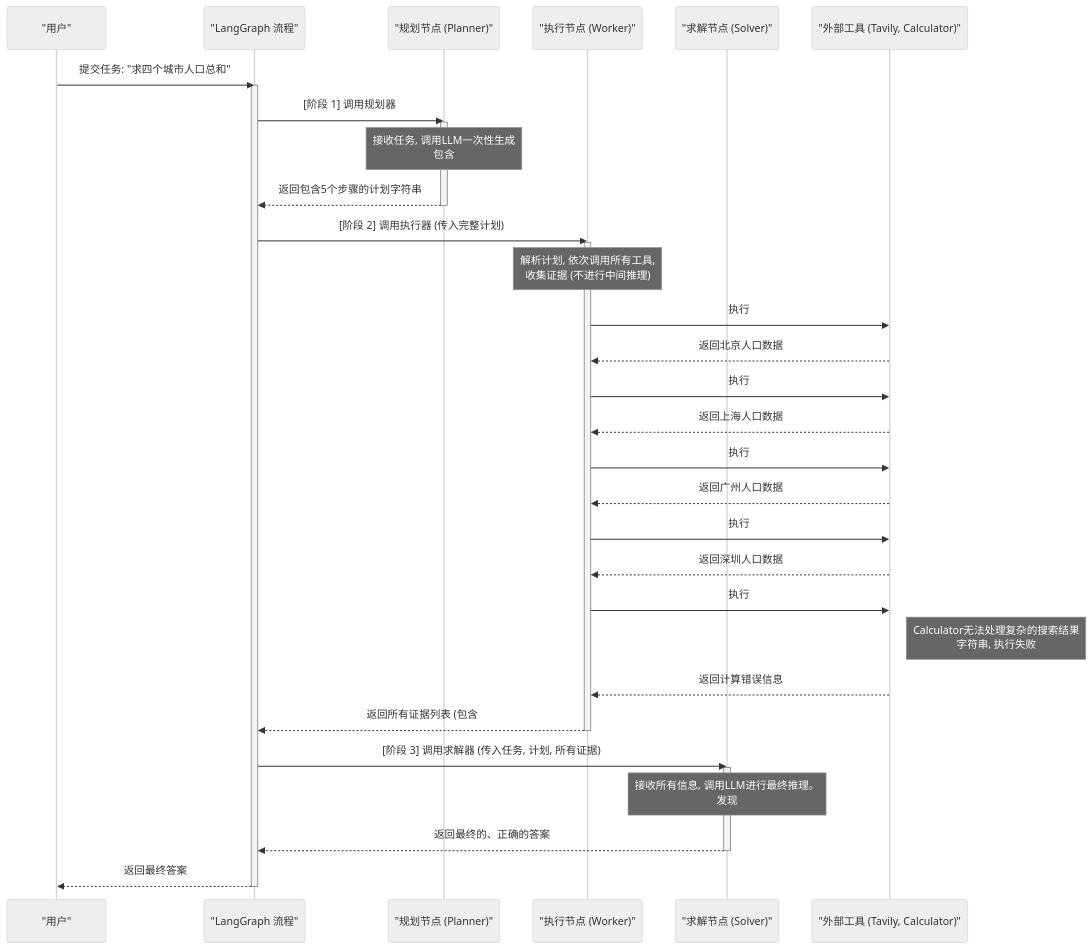
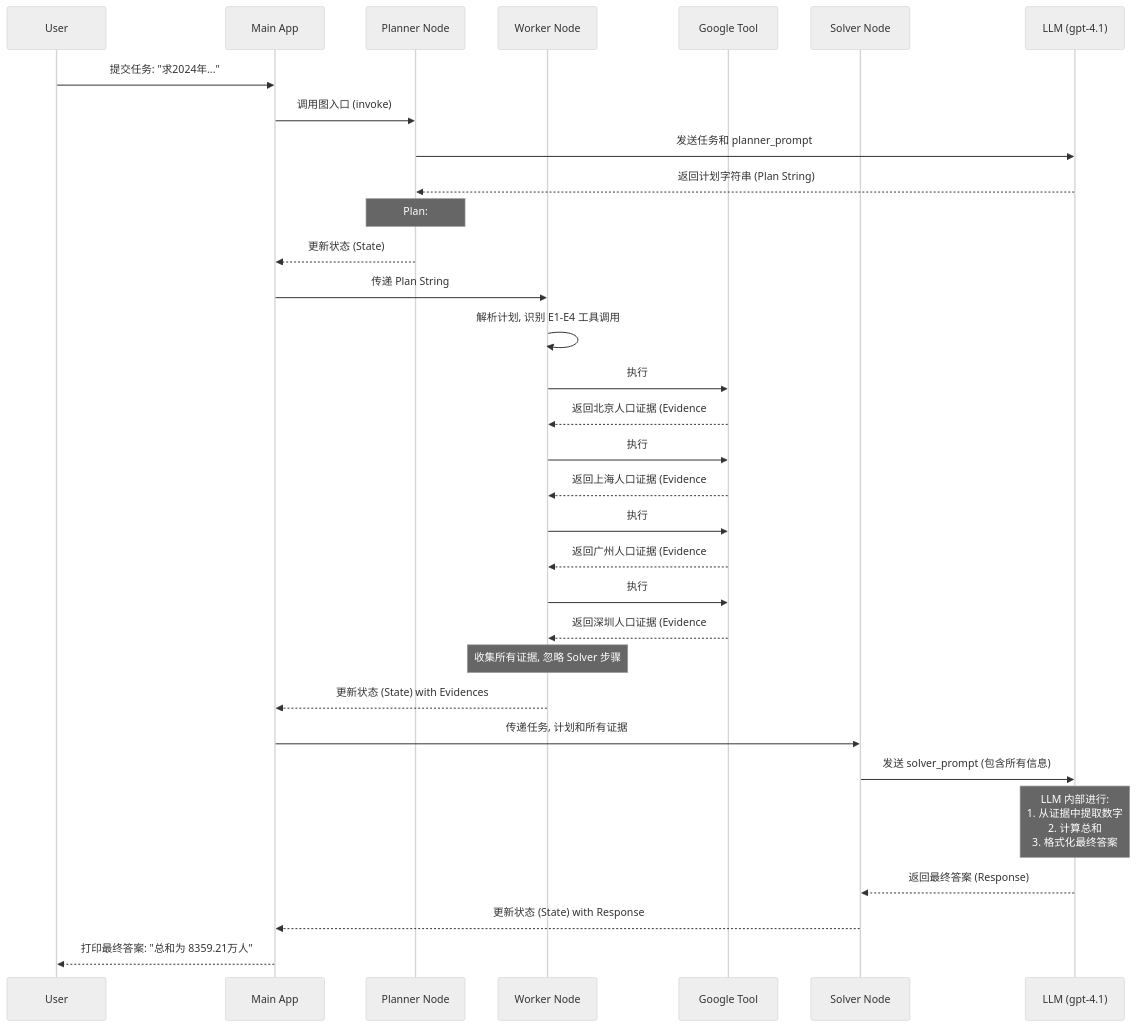
Diagram 12 of 14 in source/_posts/agent思维模式介绍.md (penggehero/hexo-blog), drawn with Mermaid (neutral theme) before and after one commit. The commit also changed other lines of this file and 5 other files, not shown here.

````diff
--- a/source/_posts/agent思维模式介绍.md
+++ b/source/_posts/agent思维模式介绍.md
@@ -2254,56 +2246,48 @@
 ```mermaid
 sequenceDiagram
-    %% 1. 使用唯一的、非关键字的ID定义参与者
-    participant user_p as "用户"
-    participant graph_p as "LangGraph 流程"
-    participant planner_node as "规划节点 (Planner)"
-    participant worker_node as "执行节点 (Worker)"
-    participant solver_node as "求解节点 (Solver)"
-    participant tools_p as "外部工具 (Tavily, Calculator)"
+    participant User
+    participant Main App
+    participant Planner Node
+    participant Worker Node
+    participant Google Tool
+    participant Solver Node
+    participant LLM (gpt-4.1)
 
-    %% --- 流程开始 ---
-    user_p->>graph_p: 提交任务: "求四个城市人口总和"
-    activate graph_p
+    User->>Main App: 提交任务: "求2024年..."
+    Main App->>Planner Node: 调用图入口 (invoke)
 
-    %% --- 2. Planner 阶段 ---
-    graph_p->>planner_node: [阶段 1] 调用规划器
-    activate planner_node
-    Note over planner_node: 接收任务, 调用LLM一次性生成<br>包含#E1-#E5占位符的完整计划
-    planner_node-->>graph_p: 返回包含5个步骤的计划字符串
-    deactivate planner_node
+    %% Planner 阶段: 制定计划
+    Planner Node->>LLM (gpt-4.1): 发送任务和 planner_prompt
+    LLM (gpt-4.1)-->>Planner Node: 返回计划字符串 (Plan String)
+    Note over Planner Node: Plan: #E1=Google, #E2=Google... #E5=Solver
+    Planner Node-->>Main App: 更新状态 (State)
 
-    %% --- 3. Worker 阶段 ---
-    graph_p->>worker_node: [阶段 2] 调用执行器 (传入完整计划)
-    activate worker_node
-    Note over worker_node: 解析计划, 依次调用所有工具, <br>收集证据 (不进行中间推理)
+    %% Worker 阶段: 执行工具
+    Main App->>Worker Node: 传递 Plan String
+    Worker Node->>Worker Node: 解析计划, 识别 E1-E4 工具调用
     
-    worker_node->>tools_p: 执行 #E1: Google("2024年北京人口")
-    tools_p-->>worker_node: 返回北京人口数据
+    Worker Node->>Google Tool: 执行 #E1: Google[2024年北京人口]
+    Google Tool-->>Worker Node: 返回北京人口证据 (Evidence #E1)
     
-    worker_node->>tools_p: 执行 #E2: Google("2024年上海人口")
-    tools_p-->>worker_node: 返回上海人口数据
+    Worker Node->>Google Tool: 执行 #E2: Google[2024年上海人口]
+    Google Tool-->>Worker Node: 返回上海人口证据 (Evidence #E2)
     
-    worker_node->>tools_p: 执行 #E3: Google("2024年广州人口")
-    tools_p-->>worker_node: 返回广州人口数据
-    
-    worker_node->>tools_p: 执行 #E4: Google("2024年深圳人口")
-    tools_p-->>worker_node: 返回深圳人口数据
-    
-    worker_node->>tools_p: 执行 #E5: Calculator("#E1 + #E2...")
-    Note right of tools_p: Calculator无法处理复杂的搜索结果<br>字符串, 执行失败
-    tools_p-->>worker_node: 返回计算错误信息
-    
-    worker_node-->>graph_p: 返回所有证据列表 (包含#E5的错误)
-    deactivate worker_node
+    Worker Node->>Google Tool: 执行 #E3: Google[2024年广州人口]
+    Google Tool-->>Worker Node: 返回广州人口证据 (Evidence #E3)
 
-    %% --- 4. Solver 阶段 ---
-    graph_p->>solver_node: [阶段 3] 调用求解器 (传入任务, 计划, 所有证据)
-    activate solver_node
-    Note over solver_node: 接收所有信息, 调用LLM进行最终推理。<br>发现#E5工具执行失败, 但根据计划意图, <br>自主从#E1-#E4的证据中提取数据并完成计算。
-    solver_node-->>graph_p: 返回最终的、正确的答案
-    deactivate solver_node
+    Worker Node->>Google Tool: 执行 #E4: Google[2024年深圳人口]
+    Google Tool-->>Worker Node: 返回深圳人口证据 (Evidence #E4)
 
-    %% --- 流程结束 ---
-    graph_p-->>user_p: 返回最终答案
-    deactivate graph_p
+    Note over Worker Node: 收集所有证据, 忽略 Solver 步骤
+    Worker Node-->>Main App: 更新状态 (State) with Evidences
+
+    %% Solver 阶段: 综合信息并回答
+    Main App->>Solver Node: 传递任务, 计划和所有证据
+    Solver Node->>LLM (gpt-4.1): 发送 solver_prompt (包含所有信息)
+    Note over LLM (gpt-4.1): LLM 内部进行: <br/>1. 从证据中提取数字 <br/>2. 计算总和 <br/>3. 格式化最终答案
+    LLM (gpt-4.1)-->>Solver Node: 返回最终答案 (Response)
+    Solver Node-->>Main App: 更新状态 (State) with Response
+
+    %% 结束
+    Main App-->>User: 打印最终答案: "总和为 8359.21万人"
 ```
````
